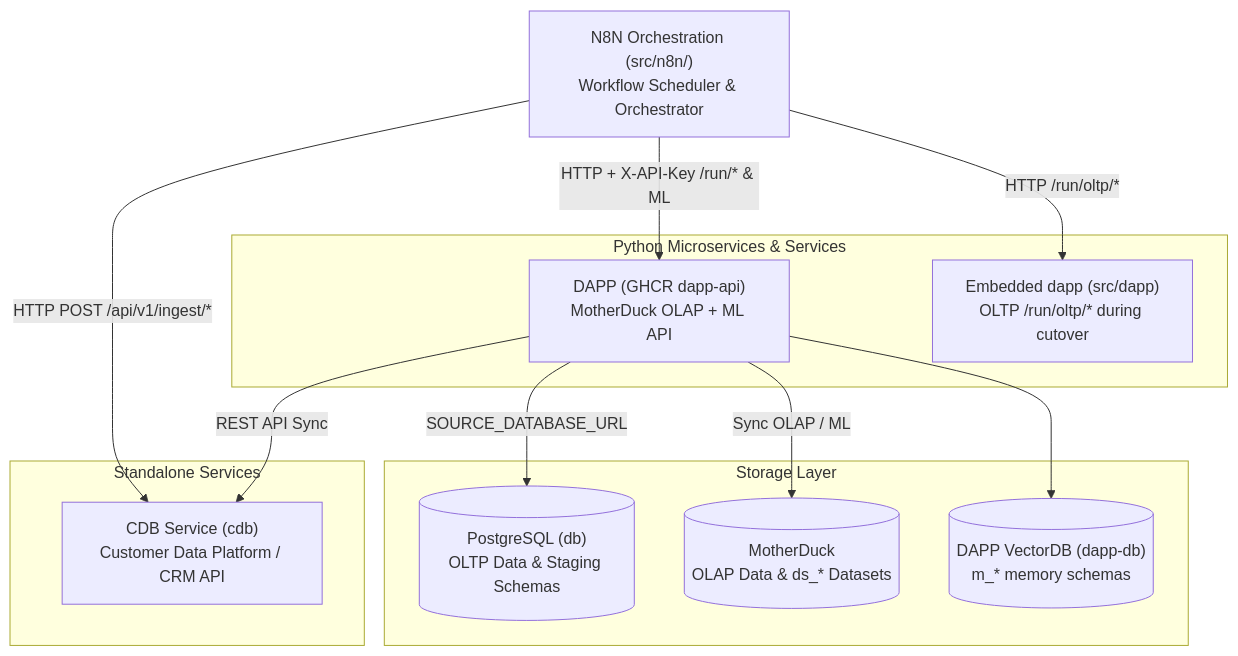
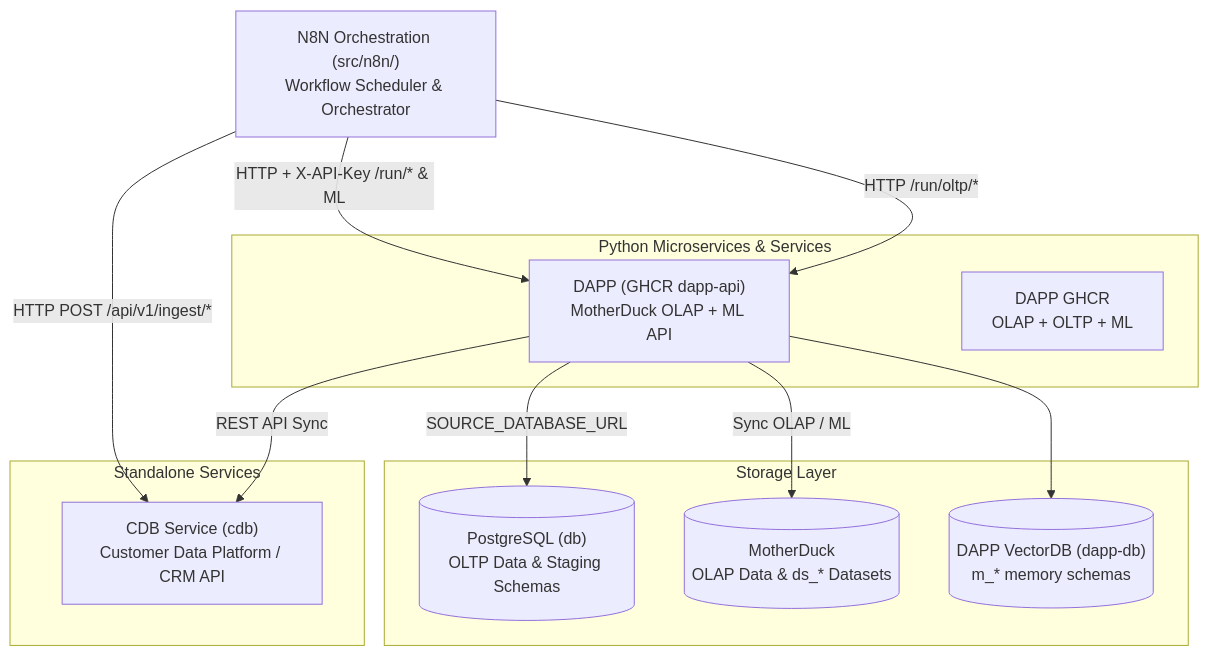
One commit to Data-Biz-AI-Consultancy/Jager changed the diagram in README.md. Above: the diagram before and after it, drawn with Mermaid. The commit also changed other lines of this file and 113 other files, not shown here.

````diff
--- a/README.md
+++ b/README.md
@@ -66,28 +62,28 @@
 ```mermaid
 flowchart TD
     N8N["N8N Orchestration (src/n8n/)<br/>Workflow Scheduler & Orchestrator"]
     
     subgraph DecoupledServices["Standalone Services"]
         CDB["CDB Service (cdb)<br/>Customer Data Platform / CRM API"]
     end
 
     subgraph DataServices["Python Microservices & Services"]
         DAPPAPI["DAPP (GHCR dapp-api)<br/>MotherDuck OLAP + ML API"]
-        DAPPlegacy["Embedded dapp (src/dapp)<br/>OLTP /run/oltp/* during cutover"]
+        DAPPAPI2["DAPP GHCR<br/>OLAP + OLTP + ML"]
     end
     
     subgraph Storage["Storage Layer"]
         PG[("PostgreSQL (db)<br/>OLTP Data & Staging Schemas")]
         MD[("MotherDuck<br/>OLAP Data & ds_* Datasets")]
         VDB[("DAPP VectorDB (dapp-db)<br/>m_* memory schemas")]
     end
     
     N8N -->|"HTTP POST /api/v1/ingest/*"| CDB
     N8N -->|"HTTP + X-API-Key /run/* & ML"| DAPPAPI
-    N8N -->|"HTTP /run/oltp/*"| DAPPlegacy
+    N8N -->|"HTTP /run/oltp/*"| DAPPAPI
     
     DAPPAPI -->|"REST API Sync"| CDB
     DAPPAPI -->|"SOURCE_DATABASE_URL"| PG
     DAPPAPI -->|"Sync OLAP / ML"| MD
     DAPPAPI --> VDB
 ```
````
